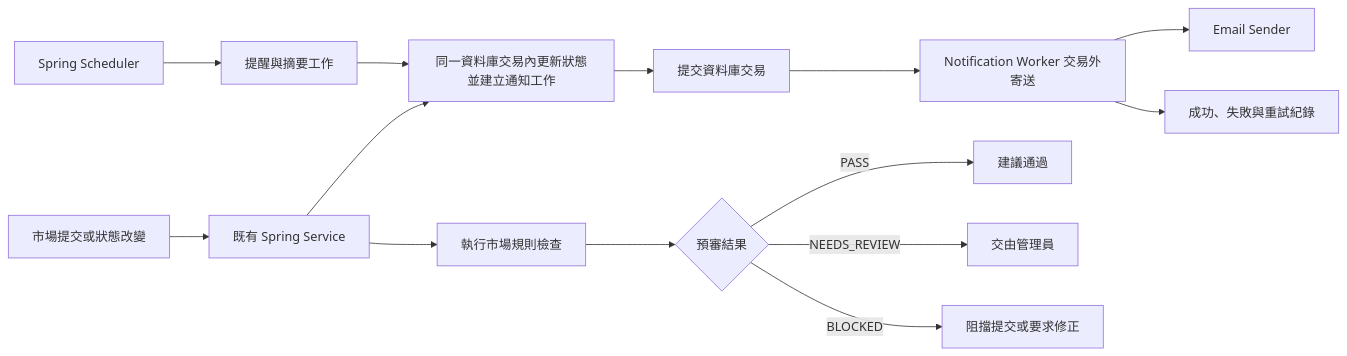
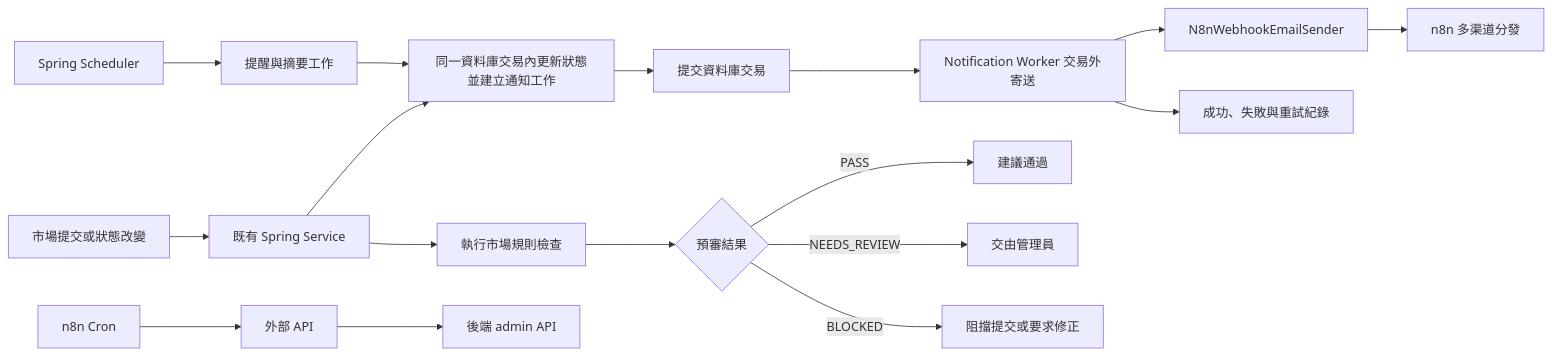
One commit to b2626826-blip/UcMarket changed the diagram in docs/系統設計/自動化系統規劃.md. Above: the diagram before and after it, drawn with Mermaid. The commit also changed other lines of this file and 1 other file, not shown here.

````diff
--- a/docs/系統設計/自動化系統規劃.md
+++ b/docs/系統設計/自動化系統規劃.md
@@ -51,19 +55,23 @@
 ```mermaid
 flowchart LR
     A[市場提交或狀態改變] --> B[既有 Spring Service]
     B --> C[同一資料庫交易內更新狀態並建立通知工作]
     C --> D[提交資料庫交易]
     B --> E[執行市場規則檢查]
 
     F[Spring Scheduler] --> G[提醒與摘要工作]
     G --> C
 
     D --> H[Notification Worker 交易外寄送]
-    H --> I[Email Sender]
+    H --> I[N8nWebhookEmailSender]
+    I --> O[n8n 多渠道分發]
     H --> J[成功、失敗與重試紀錄]
+
+    P[n8n Cron] --> Q[外部 API]
+    Q --> R[後端 admin API]
 
     E --> K{預審結果}
     K -->|PASS| L[建議通過]
     K -->|NEEDS_REVIEW| M[交由管理員]
     K -->|BLOCKED| N[阻擋提交或要求修正]
 ```
````
